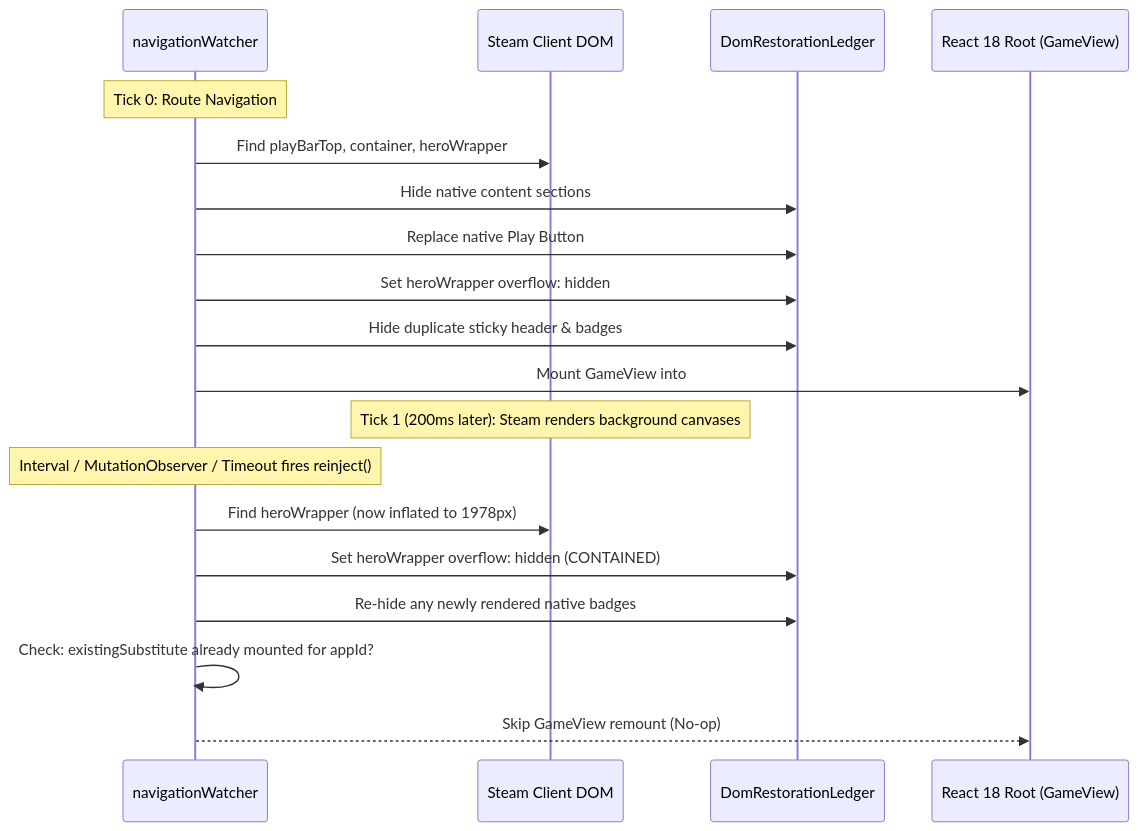
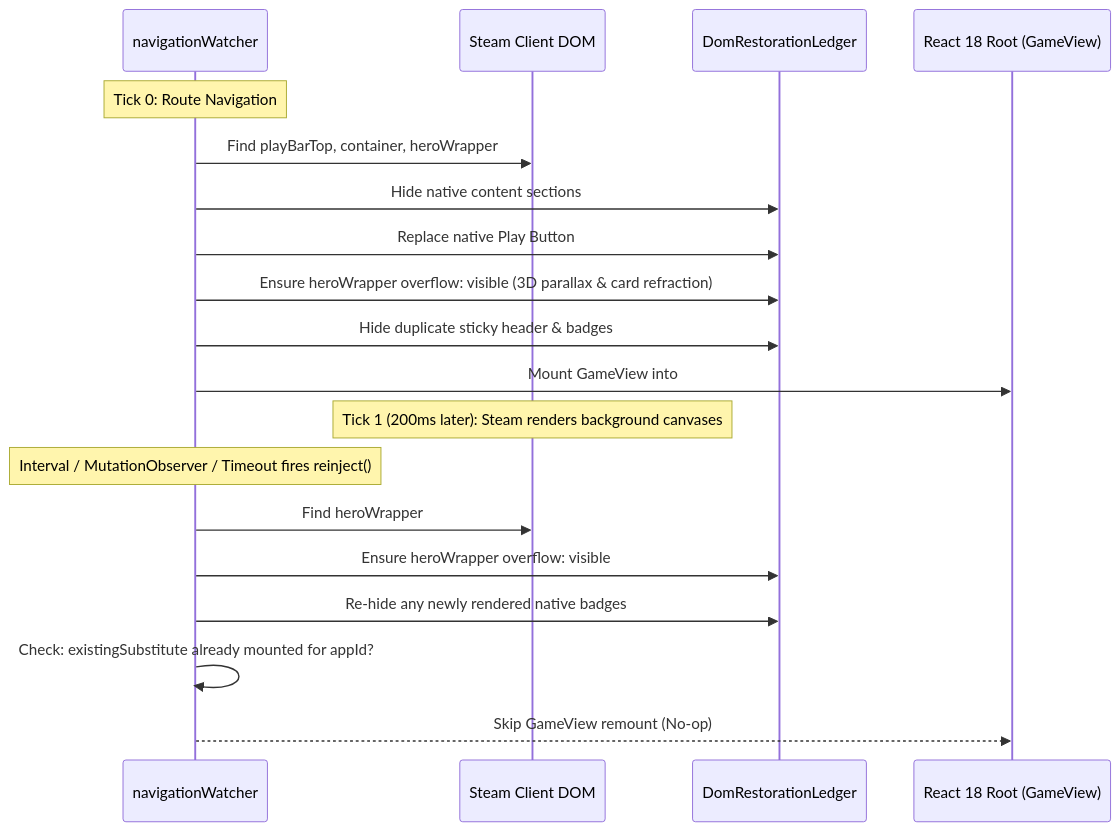
The second of 2 diagrams in docs/architecture/desktop-dom-architecture.md (cupajoe24/romm-tender), drawn with Mermaid before and after one commit. The commit also changed other lines of this file and 5 other files, not shown here.

First line of the commit message:
fix(desktop): restore hero parallax and glass play bar refraction

````diff
--- a/docs/architecture/desktop-dom-architecture.md
+++ b/docs/architecture/desktop-dom-architecture.md
@@ -134,23 +134,23 @@
 ```mermaid
 sequenceDiagram
     participant Watcher as navigationWatcher
     participant SteamDOM as Steam Client DOM
     participant Ledger as DomRestorationLedger
     participant ReactRoot as React 18 Root (GameView)
 
     Note over Watcher: Tick 0: Route Navigation
     Watcher->>SteamDOM: Find playBarTop, container, heroWrapper
     Watcher->>Ledger: Hide native content sections
     Watcher->>Ledger: Replace native Play Button
-    Watcher->>Ledger: Set heroWrapper overflow: hidden
+    Watcher->>Ledger: Ensure heroWrapper overflow: visible (3D parallax & card refraction)
     Watcher->>Ledger: Hide duplicate sticky header & badges
     Watcher->>ReactRoot: Mount GameView into #tender-desktop-cards-container
 
     Note over SteamDOM: Tick 1 (200ms later): Steam renders background canvases
     Note over Watcher: Interval / MutationObserver / Timeout fires reinject()
-    Watcher->>SteamDOM: Find heroWrapper (now inflated to 1978px)
-    Watcher->>Ledger: Set heroWrapper overflow: hidden (CONTAINED)
+    Watcher->>SteamDOM: Find heroWrapper
+    Watcher->>Ledger: Ensure heroWrapper overflow: visible
     Watcher->>Ledger: Re-hide any newly rendered native badges
     Watcher->>Watcher: Check: existingSubstitute already mounted for appId?
     Watcher-->>ReactRoot: Skip GameView remount (No-op)
 ```
````
